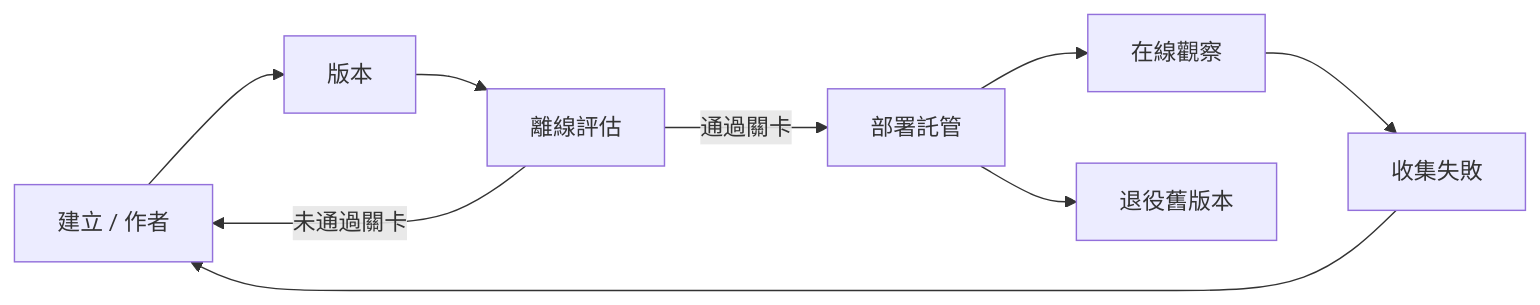
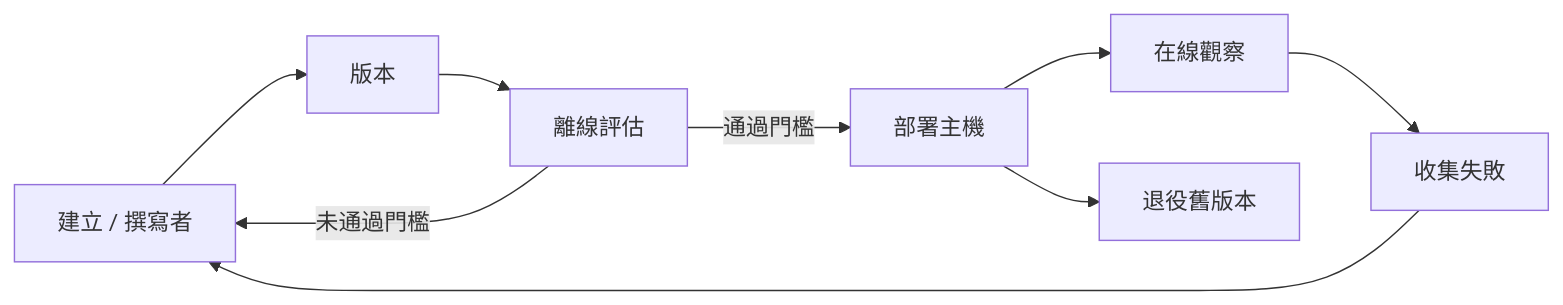
The second of 4 diagrams in mirrors/repos/microsoft@ai-agents-for-beginners/translations/zh-TW/16-deploying-scalable-agents/README.md (gabrielmoreira/agent-skills-mirror), drawn with Mermaid before and after one commit. The commit also changed other lines of this file and 4262 other files, not shown here.

````diff
--- a/mirrors/repos/microsoft@ai-agents-for-beginners/translations/zh-TW/16-deploying-scalable-agents/README.md
+++ b/mirrors/repos/microsoft@ai-agents-for-beginners/translations/zh-TW/16-deploying-scalable-agents/README.md
@@ -108,11 +108,11 @@
 ```mermaid
 flowchart LR
-    Create[建立 / 作者] --> Version[版本]
+    Create[建立 / 撰寫者] --> Version[版本]
     Version --> Evaluate[離線評估]
-    Evaluate -->|通過關卡| Deploy[部署託管]
-    Evaluate -->|未通過關卡| Create
+    Evaluate -->|通過門檻| Deploy[部署主機]
+    Evaluate -->|未通過門檻| Create
     Deploy --> Observe[在線觀察]
     Observe --> Improve[收集失敗]
     Improve --> Create
     Deploy --> Retire[退役舊版本]
 ```
````
